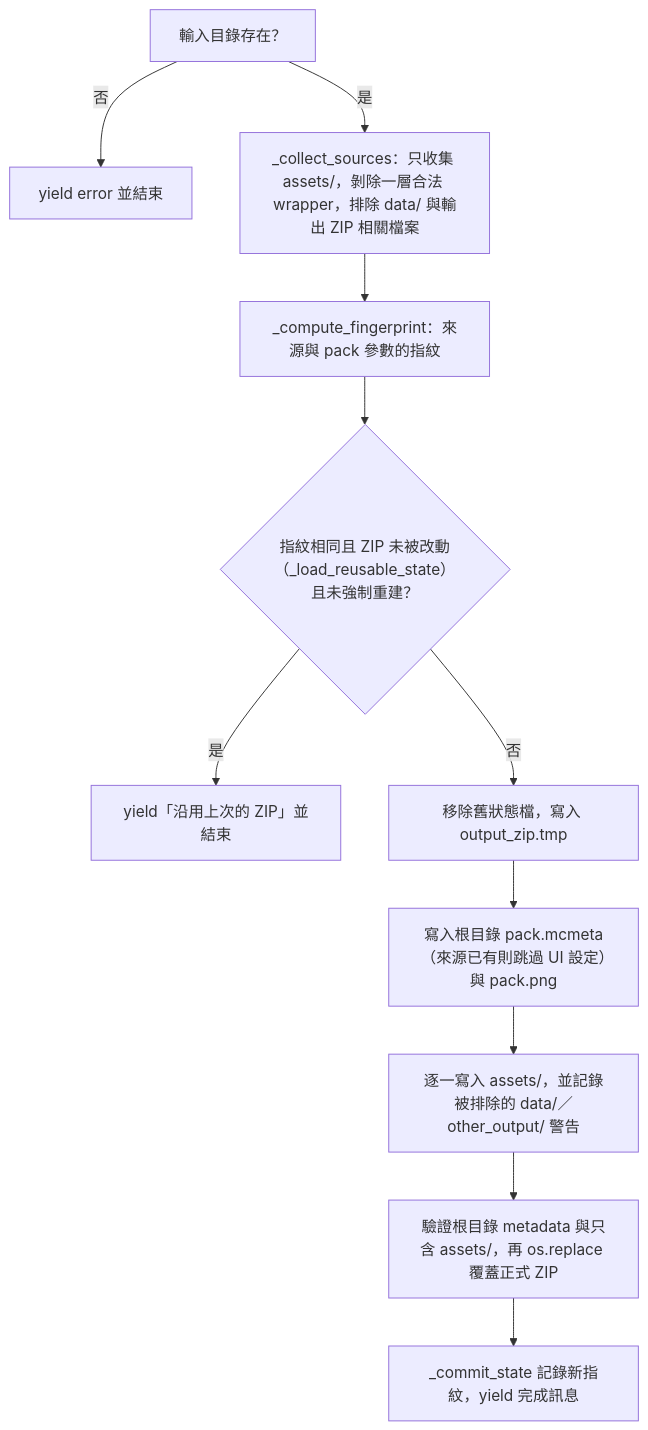
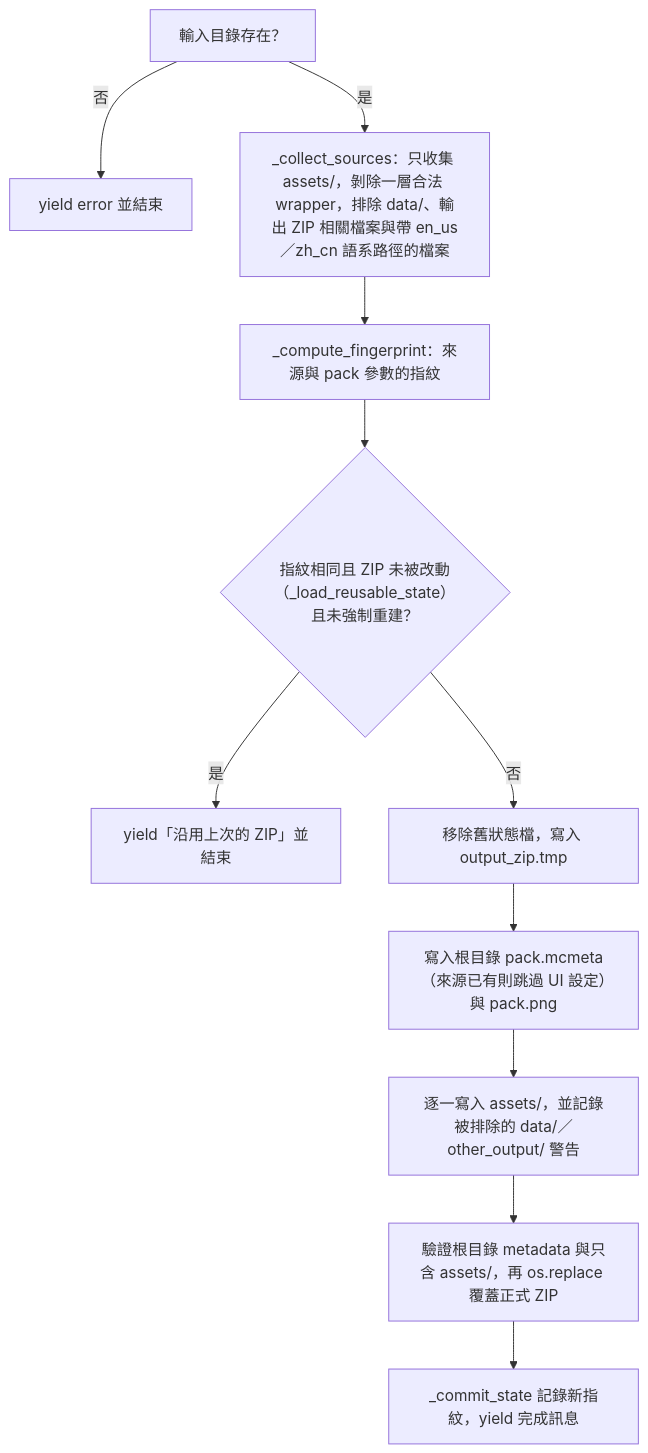
The sixth of 6 diagrams in docs/page_flows/bundler.md (jlin53882/Minecraft-translate), drawn with Mermaid before and after one commit. The commit also changed other lines of this file and 4 other files, not shown here.

````diff
--- a/docs/page_flows/bundler.md
+++ b/docs/page_flows/bundler.md
@@ -114,13 +114,13 @@
 ```mermaid
 flowchart TD
     A["輸入目錄存在？"] -- 否 --> E1["yield error 並結束"]
-    A -- 是 --> B["_collect_sources：只收集 assets/，剝除一層合法 wrapper，排除 data/ 與輸出 ZIP 相關檔案"]
+    A -- 是 --> B["_collect_sources：只收集 assets/，剝除一層合法 wrapper，排除 data/、輸出 ZIP 相關檔案與帶 en_us／zh_cn 語系路徑的檔案"]
     B --> C["_compute_fingerprint：來源與 pack 參數的指紋"]
     C --> D{"指紋相同且 ZIP 未被改動（_load_reusable_state）且未強制重建？"}
     D -- 是 --> E2["yield「沿用上次的 ZIP」並結束"]
     D -- 否 --> F["移除舊狀態檔，寫入 output_zip.tmp"]
     F --> G["寫入根目錄 pack.mcmeta（來源已有則跳過 UI 設定）與 pack.png"]
     G --> H["逐一寫入 assets/，並記錄被排除的 data/／other_output/ 警告"]
     H --> I["驗證根目錄 metadata 與只含 assets/，再 os.replace 覆蓋正式 ZIP"]
     I --> J["_commit_state 記錄新指紋，yield 完成訊息"]
 ```
````
